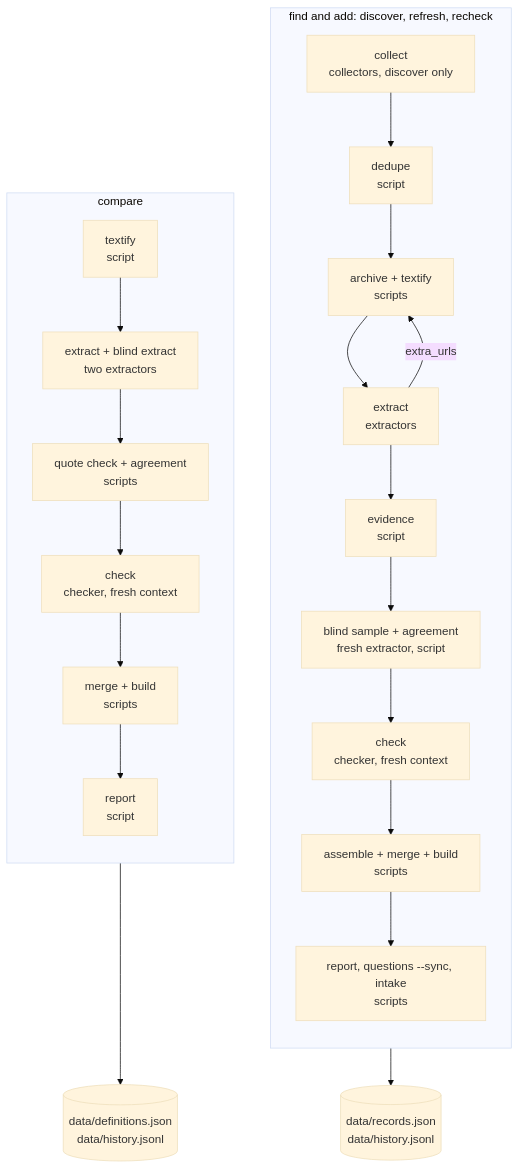
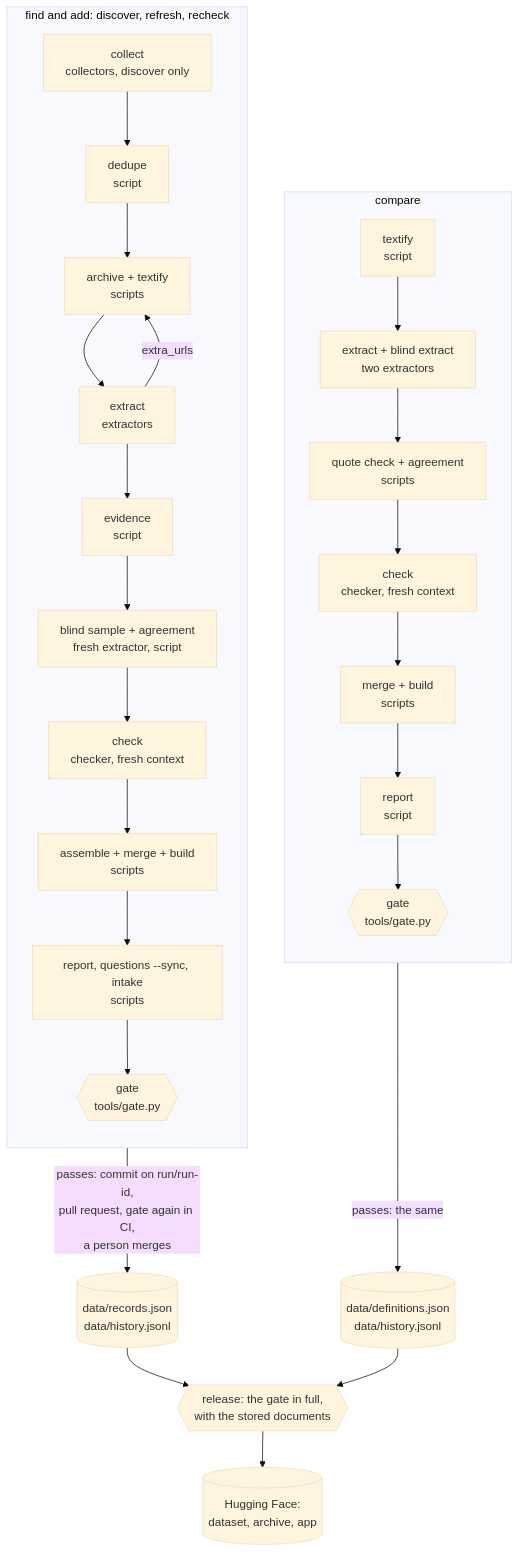
Before and after one commit to kelkalot/ai-safety-policy-register: the second of 4 diagrams in pipeline/flow.md, drawn with Mermaid (base theme). The commit also changed other lines of this file and 13 other files, not shown here.

First line of the commit message:
The gate: a second check before anything reaches the official data

````diff
--- a/pipeline/flow.md
+++ b/pipeline/flow.md
@@ -28,25 +28,30 @@
 ```mermaid
 flowchart TD
     subgraph FIND["find and add: discover, refresh, recheck"]
         direction TB
         f1["collect<br/>collectors, discover only"] --> f2["dedupe<br/>script"]
         f2 --> f3["archive + textify<br/>scripts"]
         f3 --> f4["extract<br/>extractors"]
         f4 -- extra_urls --> f3
         f4 --> f5["evidence<br/>script"]
         f5 --> f6["blind sample + agreement<br/>fresh extractor, script"]
         f6 --> f7["check<br/>checker, fresh context"]
         f7 --> f8["assemble + merge + build<br/>scripts"]
         f8 --> f9["report, questions --sync, intake<br/>scripts"]
+        f9 --> f10{{"gate<br/>tools/gate.py"}}
     end
     subgraph COMPARE["compare"]
         direction TB
         c1["textify<br/>script"] --> c2["extract + blind extract<br/>two extractors"]
         c2 --> c3["quote check + agreement<br/>scripts"]
         c3 --> c4["check<br/>checker, fresh context"]
         c4 --> c5["merge + build<br/>scripts"]
         c5 --> c6["report<br/>script"]
+        c6 --> c7{{"gate<br/>tools/gate.py"}}
     end
-    f8 --> rec[("data/records.json<br/>data/history.jsonl")]
-    c5 --> defs[("data/definitions.json<br/>data/history.jsonl")]
+    f10 -- "passes: commit on run/run-id,<br/>pull request, gate again in CI,<br/>a person merges" --> rec[("data/records.json<br/>data/history.jsonl")]
+    c7 -- "passes: the same" --> defs[("data/definitions.json<br/>data/history.jsonl")]
+    rec --> rel{{"release: the gate in full,<br/>with the stored documents"}}
+    defs --> rel
+    rel --> hf[("Hugging Face:<br/>dataset, archive, app")]
 ```
````
